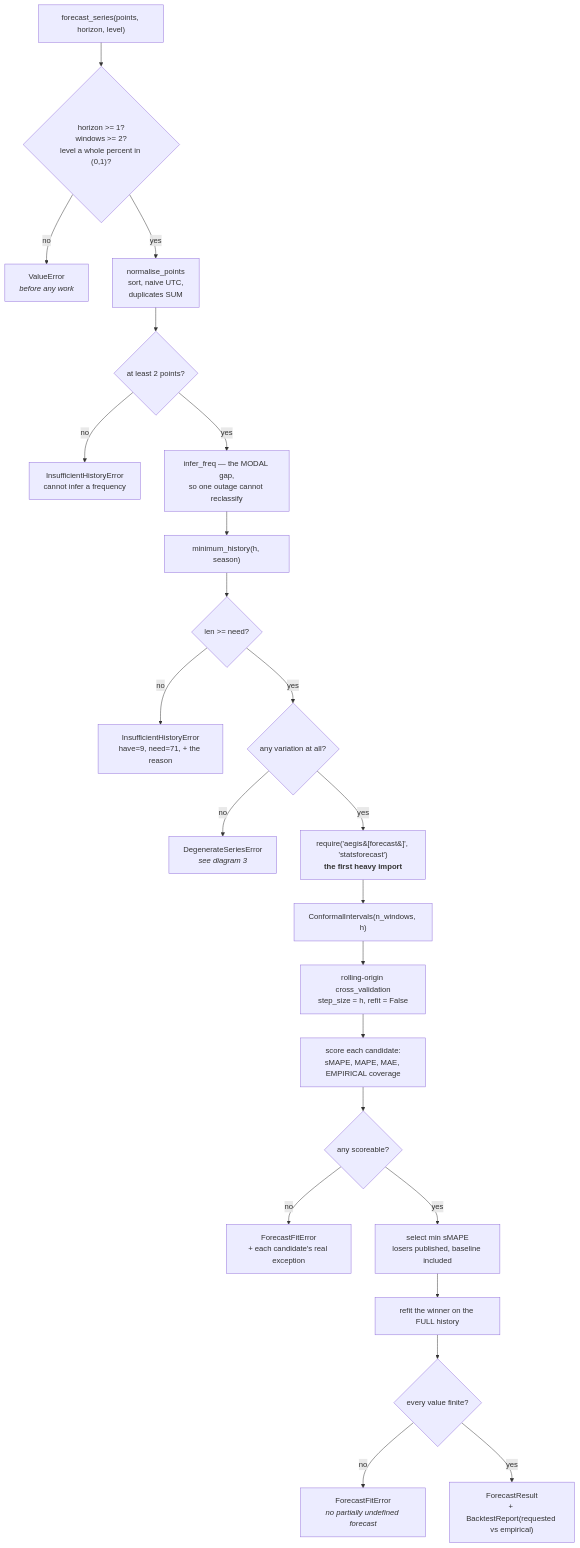
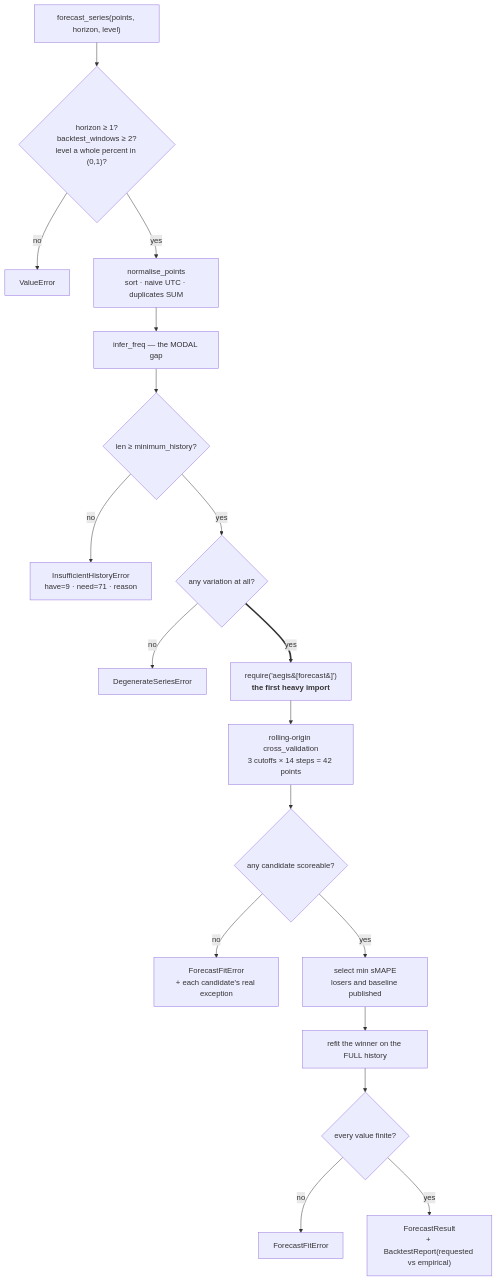
Before and after one commit to yrevash/aegis: the first of 5 diagrams in docs/teaching/forecast/40-diagrams.md, drawn with Mermaid. The commit also changed other lines of this file and 111 other files, not shown here.

````diff
--- a/docs/teaching/forecast/40-diagrams.md
+++ b/docs/teaching/forecast/40-diagrams.md
@@ -10,30 +17,24 @@
 ```mermaid
 flowchart TB
-    A["forecast_series(points, horizon, level)"] --> V{"horizon >= 1?<br/>windows >= 2?<br/>level a whole percent in (0,1)?"}
-    V -->|no| E0["ValueError<br/><i>before any work</i>"]
+    A["forecast_series(points, horizon, level)"] --> V{"horizon ≥ 1?<br/>backtest_windows ≥ 2?<br/>level a whole percent in (0,1)?"}
+    V -->|no| E0["ValueError"]
 
-    V -->|yes| N["normalise_points<br/>sort, naive UTC,<br/>duplicates SUM"]
-    N --> C{"at least 2 points?"}
-    C -->|no| R1["InsufficientHistoryError<br/>cannot infer a frequency"]
+    V -->|yes| N["normalise_points<br/>sort · naive UTC · duplicates SUM"]
+    N --> F["infer_freq — the MODAL gap"]
+    F --> MH{"len ≥ minimum_history?"}
+    MH -->|no| R1["InsufficientHistoryError<br/>have=9 · need=71 · reason"]
 
-    C -->|yes| F["infer_freq — the MODAL gap,<br/>so one outage cannot reclassify"]
-    F --> MH["minimum_history(h, season)"]
-    MH --> C2{"len >= need?"}
-    C2 -->|no| R2["InsufficientHistoryError<br/>have=9, need=71, + the reason"]
+    MH -->|yes| D{"any variation at all?"}
+    D -->|no| R2["DegenerateSeriesError"]
 
-    C2 -->|yes| D{"any variation at all?"}
-    D -->|no| R3["DegenerateSeriesError<br/><i>see diagram 3</i>"]
+    D ==>|yes| IMP["require('aegis&#91;forecast&#93;')<br/><b>the first heavy import</b>"]
+    IMP --> CV["rolling-origin cross_validation<br/>3 cutoffs × 14 steps = 42 points"]
+    CV --> SC{"any candidate scoreable?"}
+    SC -->|no| R3["ForecastFitError<br/>+ each candidate's real exception"]
 
-    D -->|yes| IMP["require('aegis&#91;forecast&#93;', 'statsforecast')<br/><b>the first heavy import</b>"]
-    IMP --> CI["ConformalIntervals(n_windows, h)"]
-    CI --> CV["rolling-origin cross_validation<br/>step_size = h, refit = False"]
-    CV --> SC["score each candidate:<br/>sMAPE, MAPE, MAE, EMPIRICAL coverage"]
-    SC --> ANY{"any scoreable?"}
-    ANY -->|no| R4["ForecastFitError<br/>+ each candidate's real exception"]
-
-    ANY -->|yes| SEL["select min sMAPE<br/>losers published, baseline included"]
+    SC -->|yes| SEL["select min sMAPE<br/>losers and baseline published"]
     SEL --> RF["refit the winner on the FULL history"]
     RF --> FIN{"every value finite?"}
-    FIN -->|no| R5["ForecastFitError<br/><i>no partially undefined forecast</i>"]
+    FIN -->|no| R4["ForecastFitError"]
     FIN -->|yes| OUT["ForecastResult<br/>+ BacktestReport(requested vs empirical)"]
 ```
````
